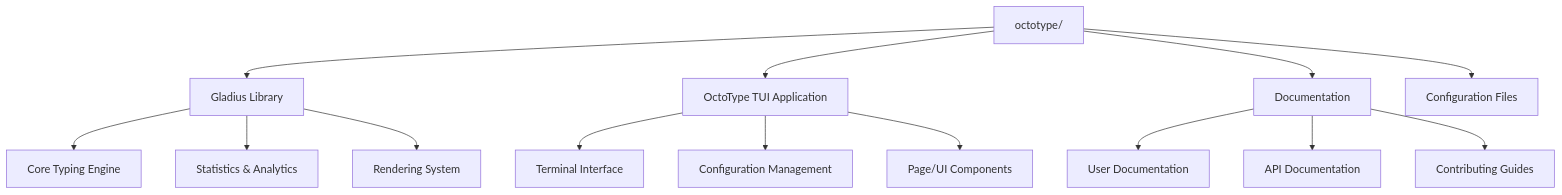
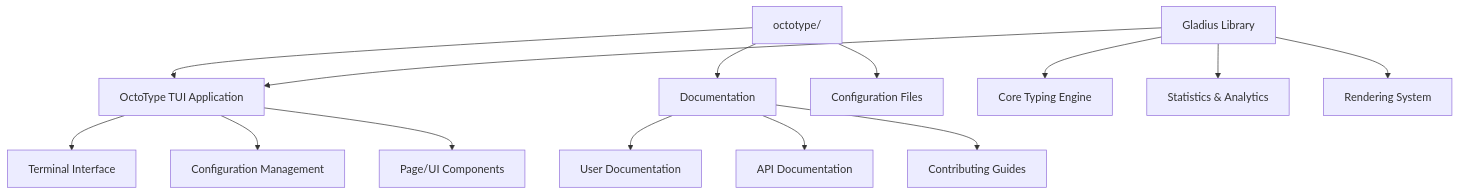
One commit to mahlquistj/octotype changed the first of 6 diagrams in docs/docs/contributing/development/project-structure.md. Above: the diagram before and after it, drawn with Mermaid. The commit also changed other lines of this file and 1 other file, not shown here.

````diff
--- a/docs/docs/contributing/development/project-structure.md
+++ b/docs/docs/contributing/development/project-structure.md
@@ -16,19 +16,20 @@
 ```mermaid
 graph TB
-    A[octotype/] --> B[Gladius Library]
-    A --> C[OctoType TUI Application]
-    A --> D[Documentation]
-    A --> E[Configuration Files]
-    
-    B --> B1[Core Typing Engine]
-    B --> B2[Statistics & Analytics]
-    B --> B3[Rendering System]
-    
-    C --> C1[Terminal Interface]
-    C --> C2[Configuration Management]
-    C --> C3[Page/UI Components]
-    
-    D --> D1[User Documentation]
-    D --> D2[API Documentation]
-    D --> D3[Contributing Guides]
+    A[octotype/] --> B[OctoType TUI Application]
+    A --> C[Documentation]
+    A --> D[Configuration Files]
+
+    E[Gladius Library] --> B
+
+    E --> E1[Core Typing Engine]
+    E --> E2[Statistics & Analytics]
+    E --> E3[Rendering System]
+
+    B --> B1[Terminal Interface]
+    B --> B2[Configuration Management]
+    B --> B3[Page/UI Components]
+
+    C --> C1[User Documentation]
+    C --> C2[API Documentation]
+    C --> C3[Contributing Guides]
 ```
````
